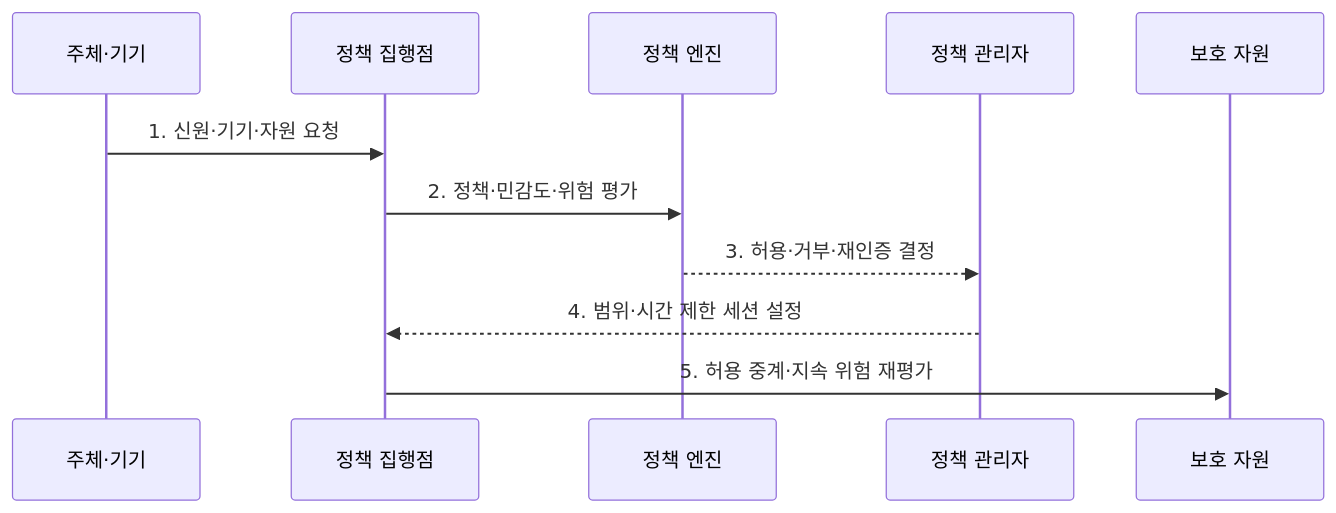
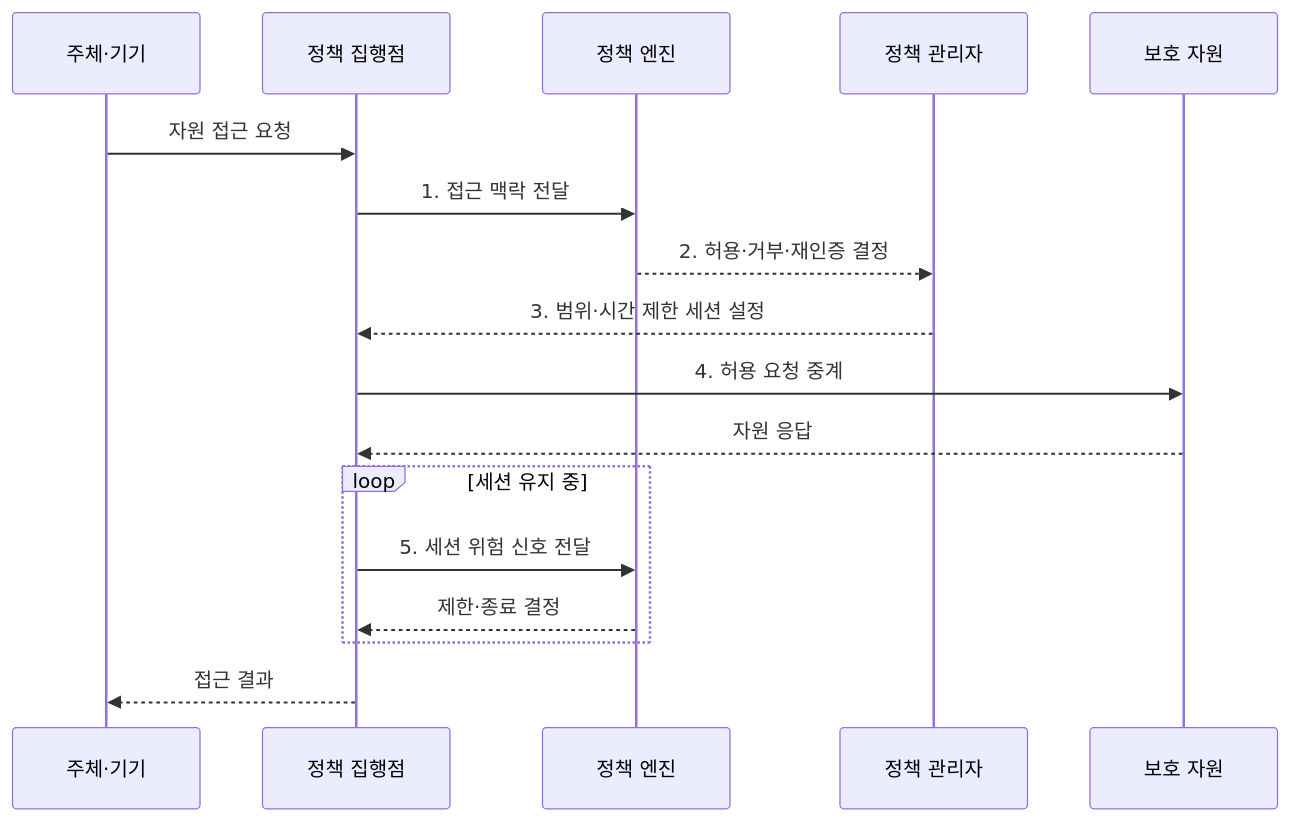
The second of 2 diagrams in src/content/docs/notes/05-security/063_zero_trust.md (agnusdei1207/knowledge-base), drawn with Mermaid before and after one commit. The commit also changed other lines of this file and 20 other files, not shown here.

````diff
--- a/src/content/docs/notes/05-security/063_zero_trust.md
+++ b/src/content/docs/notes/05-security/063_zero_trust.md
@@ -86,13 +91,19 @@
 ```mermaid
 sequenceDiagram
     participant U as 주체·기기
     participant E as 정책 집행점
     participant P as 정책 엔진
     participant A as 정책 관리자
     participant R as 보호 자원
-    U->>E: 1. 신원·기기·자원 요청
-    E->>P: 2. 정책·민감도·위험 평가
-    P-->>A: 3. 허용·거부·재인증 결정
-    A-->>E: 4. 범위·시간 제한 세션 설정
-    E->>R: 5. 허용 중계·지속 위험 재평가
+    U->>E: 자원 접근 요청
+    E->>P: 1. 접근 맥락 전달
+    P-->>A: 2. 허용·거부·재인증 결정
+    A-->>E: 3. 범위·시간 제한 세션 설정
+    E->>R: 4. 허용 요청 중계
+    R-->>E: 자원 응답
+    loop 세션 유지 중
+        E->>P: 5. 세션 위험 신호 전달
+        P-->>E: 제한·종료 결정
+    end
+    E-->>U: 접근 결과
 ```
````
